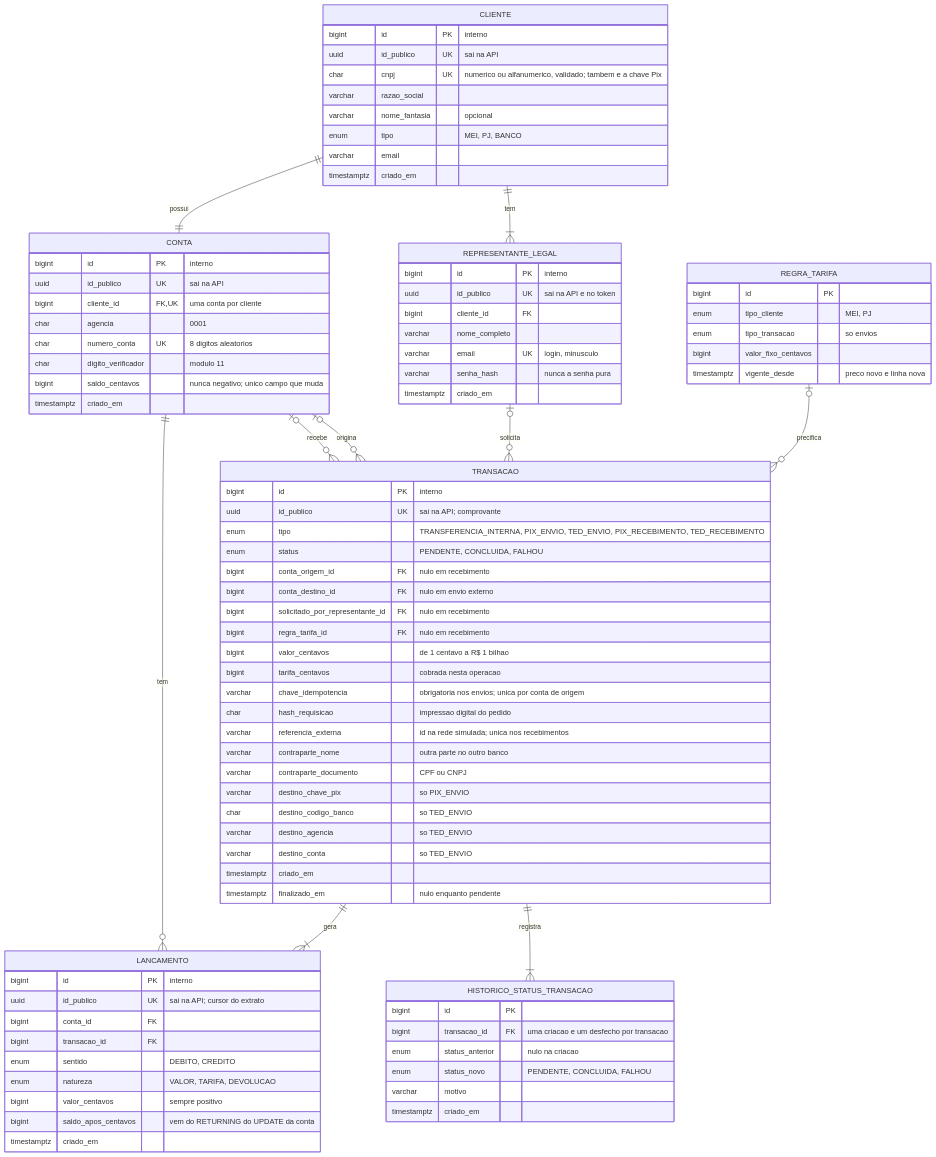
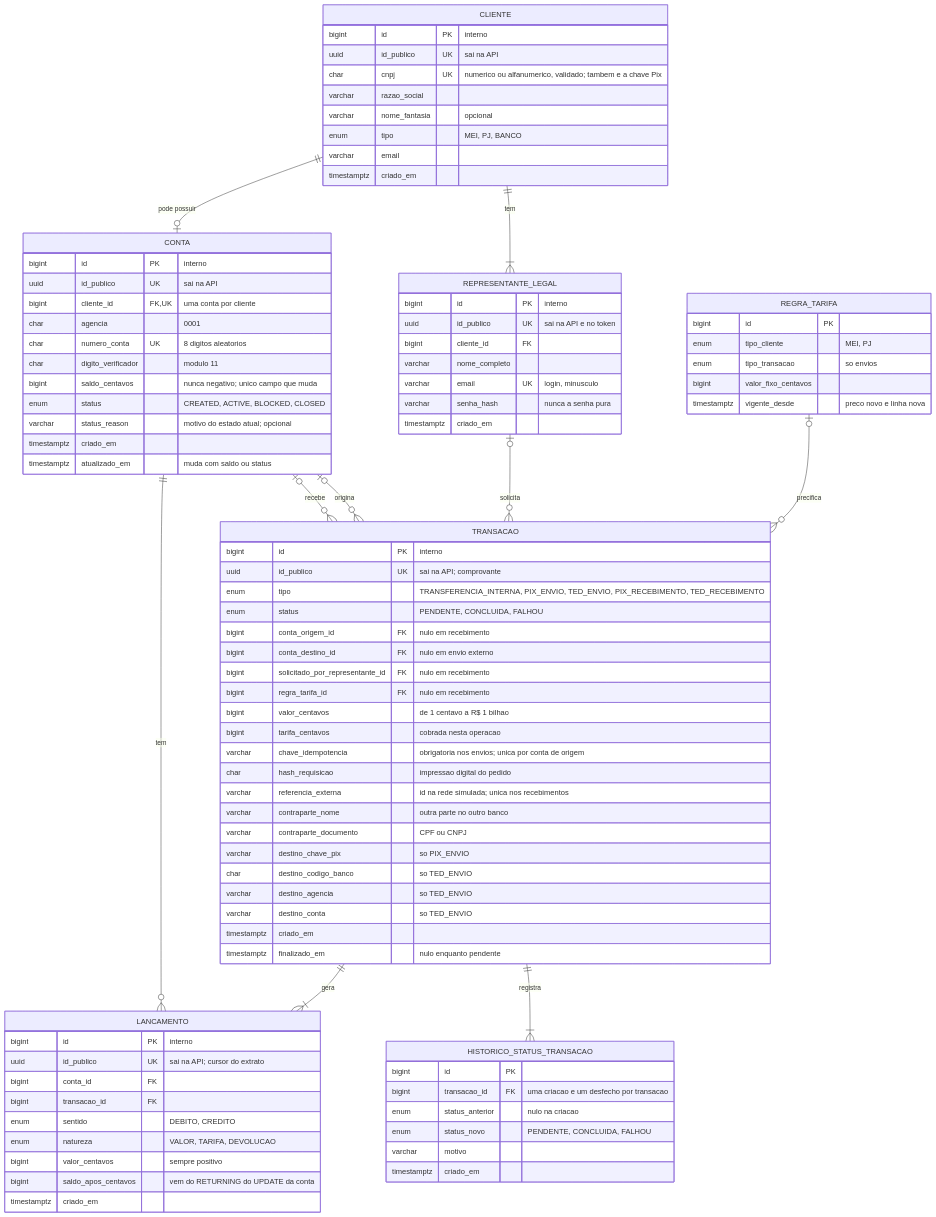
Before and after one commit to MariaEduarda-lab/dudroncio: the diagram in rfc.md, drawn with Mermaid. The commit also changed other lines of this file and 10 other files, not shown here.

Commit message:
fix: ajusta status da conta e cria noção de rotas de onboarding

````diff
--- a/rfc.md
+++ b/rfc.md
@@ -59,7 +62,7 @@
 ```mermaid
 erDiagram
     CLIENTE ||--|{ REPRESENTANTE_LEGAL : "tem"
-    CLIENTE ||--|| CONTA : "possui"
+    CLIENTE ||--o| CONTA : "pode possuir"
     CONTA |o--o{ TRANSACAO : "origina"
     CONTA |o--o{ TRANSACAO : "recebe"
     REPRESENTANTE_LEGAL |o--o{ TRANSACAO : "solicita"
@@ -97,7 +100,10 @@
         char numero_conta UK "8 digitos aleatorios"
         char digito_verificador "modulo 11"
         bigint saldo_centavos "nunca negativo; unico campo que muda"
+        enum status "CREATED, ACTIVE, BLOCKED, CLOSED"
+        varchar status_reason "motivo do estado atual; opcional"
         timestamptz criado_em
+        timestamptz atualizado_em "muda com saldo ou status"
     }
 
     REGRA_TARIFA {
````
